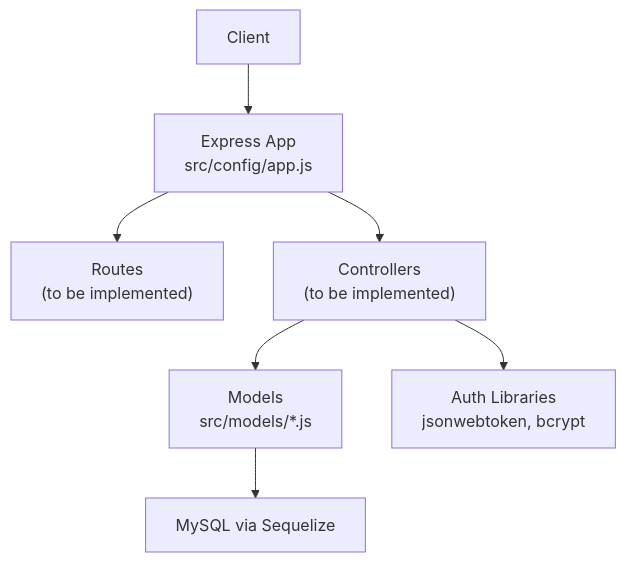
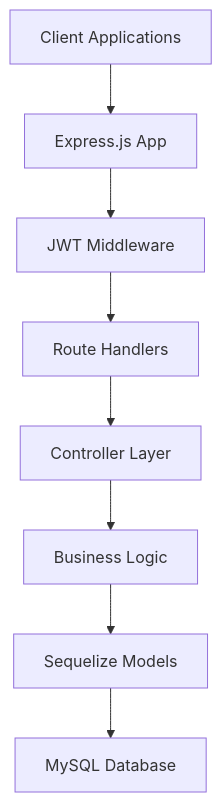
Before and after one commit to Mreng78/khirocom_project: the second of 3 diagrams in .qoder/repowiki/en/content/API Endpoints Reference.md, drawn with Mermaid. The commit also changed other lines of this file and 10 other files, not shown here.

````diff
--- a/.qoder/repowiki/en/content/API Endpoints Reference.md
+++ b/.qoder/repowiki/en/content/API Endpoints Reference.md
@@ -87,9 +103,10 @@
 ```mermaid
 graph TB
-Client["Client"] --> Express["Express App<br/>src/config/app.js"]
-Express --> Routes["Routes<br/>(to be implemented)"]
-Express --> Controllers["Controllers<br/>(to be implemented)"]
-Controllers --> Models["Models<br/>src/models/*.js"]
-Models --> DB["MySQL via Sequelize"]
-Controllers --> Auth["Auth Libraries<br/>jsonwebtoken, bcrypt"]
+Client["Client Applications"] --> Express["Express.js App"]
+Express --> Auth["JWT Middleware"]
+Auth --> Routes["Route Handlers"]
+Routes --> Controllers["Controller Layer"]
+Controllers --> Services["Business Logic"]
+Services --> Models["Sequelize Models"]
+Models --> Database["MySQL Database"]
 ```
````
